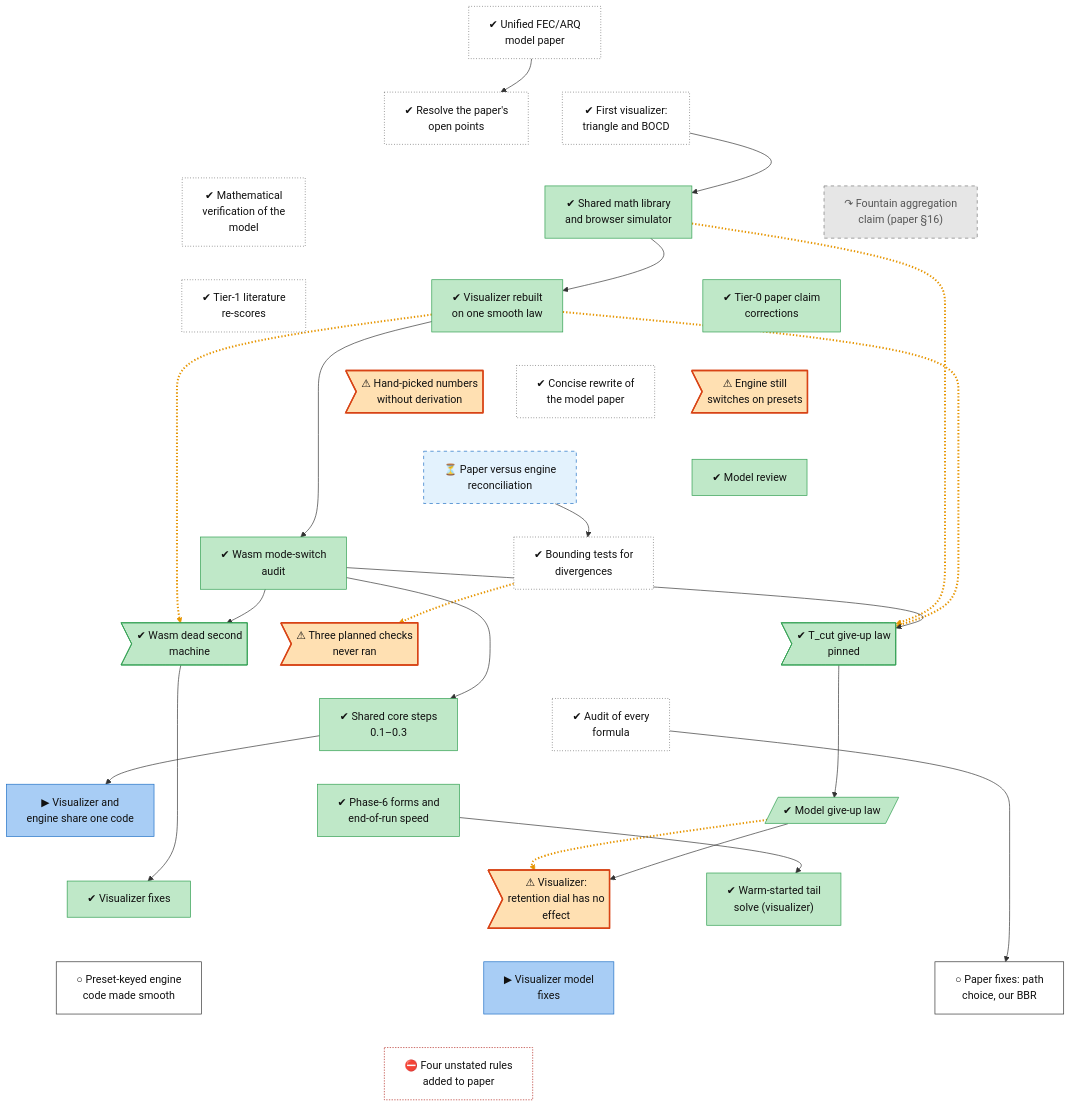
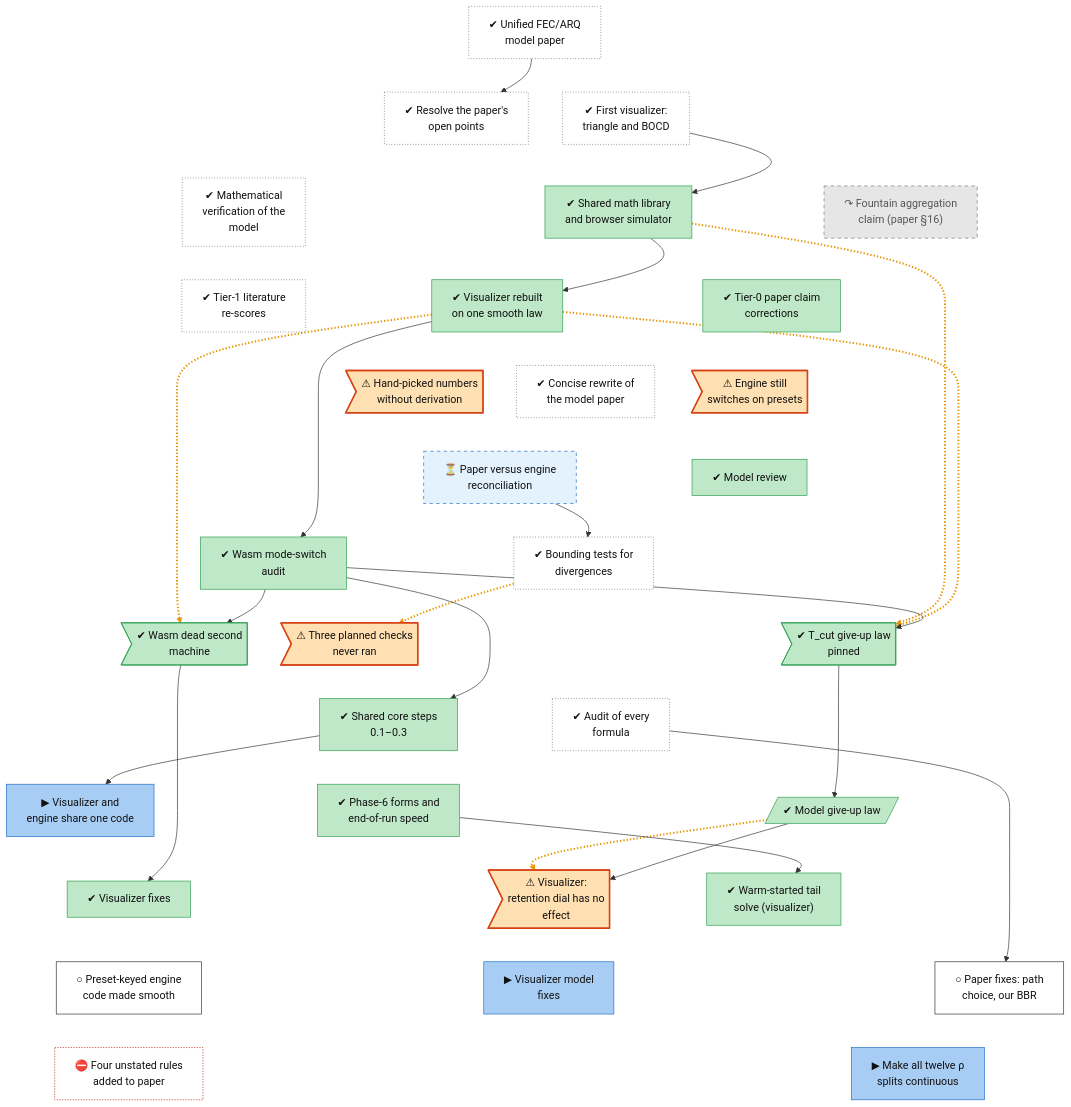
The diagram in docs/roadmap/tracks/model.md (lhns/raptorpath), drawn with Mermaid before and after one commit. The commit also changed other lines of this file and 4 other files, not shown here.

Commit message:
roadmap: new nodes for the twelve rho splits (owner option B) and the mixed-retention stall

````diff
--- a/docs/roadmap/tracks/model.md
+++ b/docs/roadmap/tracks/model.md
@@ -40,6 +40,7 @@
     model_wasm_fixes["▶ Visualizer model<br/>fixes"]
     model_fix_paper_p2["○ Paper fixes: path<br/>choice, our BBR"]
     model_fix_paper_p3["⛔ Four unstated rules<br/>added to paper"]
+    model_rho_step_sites["▶ Make all twelve ρ<br/>splits continuous"]
     model_paper_v1 ~~~ model_open_points
     model_paper_v1 ~~~ model_visualizer_v1
     model_open_points ~~~ model_wasm_l0
@@ -72,8 +73,8 @@
     model_defect_rho_inert ~~~ model_wasm_fixes
     model_warm_start ~~~ model_fix_paper_p2
     model_fix_hint_keyed_paths ~~~ model_fix_paper_p3
-    model_wasm_fixes ~~~ model_fix_paper_p3
-    model_fix_paper_p2 ~~~ model_fix_paper_p3
+    model_wasm_fixes ~~~ model_rho_step_sites
+    model_fix_paper_p2 ~~~ model_rho_step_sites
     model_paper_v1 --> model_open_points
     model_visualizer_v1 --> model_wasm_l0
     model_wasm_l0 -.-> model_defect_tcut
@@ -112,7 +113,7 @@
     class model_s16_fountain dead
     class model_mode_switch_debts,model_open_constants,model_bound_tests_unrun,model_defect_rho_inert defect
     class model_paper_recon waiting
-    class model_shared_core,model_wasm_fixes inprog
+    class model_shared_core,model_wasm_fixes,model_rho_step_sites inprog
     class model_fix_hint_keyed_paths,model_fix_paper_p2 next
     class model_fix_paper_p3 blocked
 ```
````
